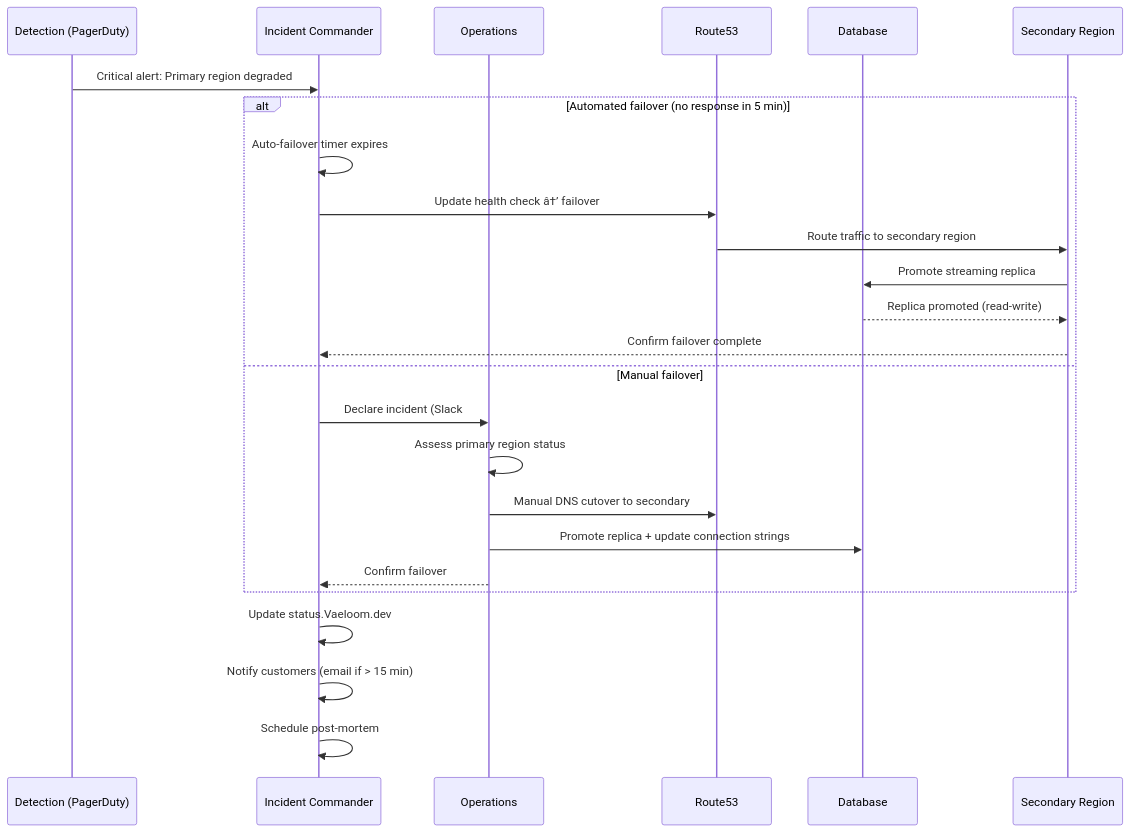
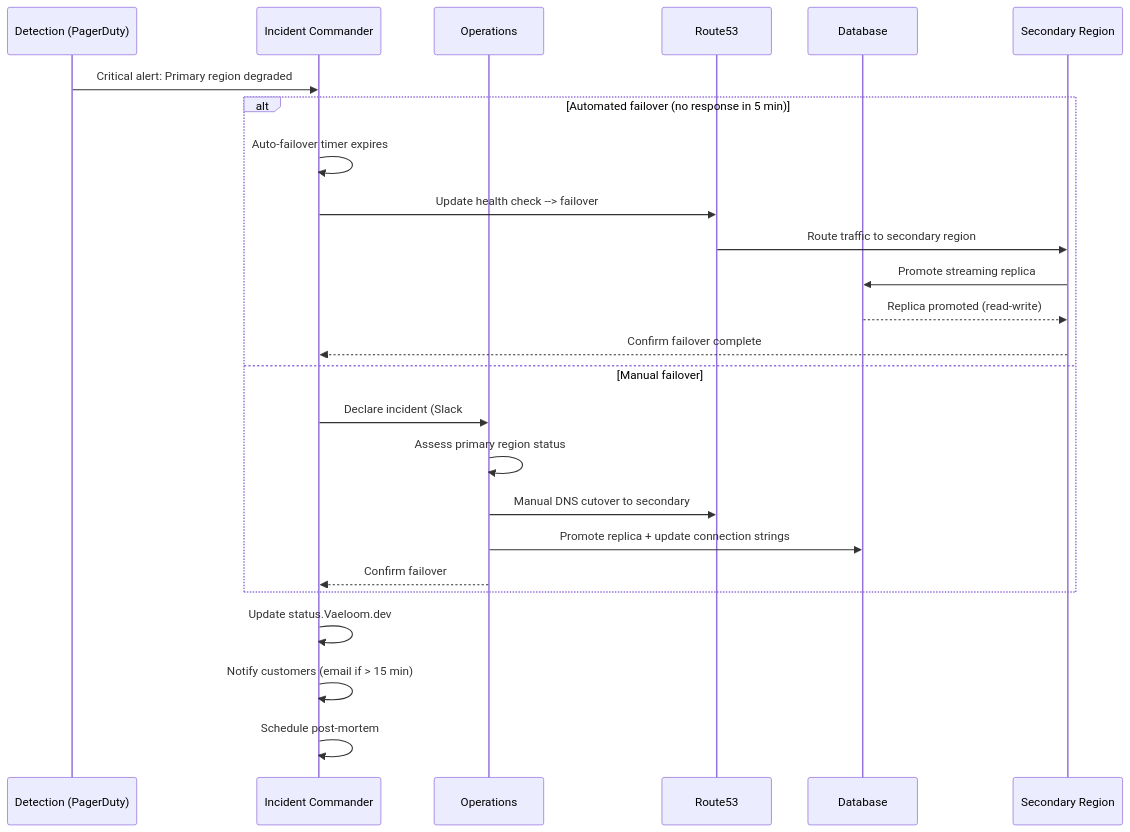
One commit to Driftloom/Vaeloom changed the second of 3 diagrams in Docs/Operations/Business-Continuity-Plan.md. Above: the diagram before and after it, drawn with Mermaid. The commit also changed other lines of this file and 16 other files, not shown here.

````diff
--- a/Docs/Operations/Business-Continuity-Plan.md
+++ b/Docs/Operations/Business-Continuity-Plan.md
@@ -71,30 +71,30 @@
 ```mermaid
 sequenceDiagram
     participant D as Detection (PagerDuty)
     participant C as Incident Commander
     participant O as Operations
     participant DNS as Route53
     participant DB as Database
     participant REG as Secondary Region
 
     D->>C: Critical alert: Primary region degraded
 
     alt Automated failover (no response in 5 min)
         C->>C: Auto-failover timer expires
-        C->>DNS: Update health check â†’ failover
+        C->>DNS: Update health check --> failover
         DNS->>REG: Route traffic to secondary region
         REG->>DB: Promote streaming replica
         DB-->>REG: Replica promoted (read-write)
         REG-->>C: Confirm failover complete
     else Manual failover
         C->>O: Declare incident (Slack #incident-response)
         O->>O: Assess primary region status
         O->>DNS: Manual DNS cutover to secondary
         O->>DB: Promote replica + update connection strings
         O-->>C: Confirm failover
     end
 
     C->>C: Update status.Vaeloom.dev
     C->>C: Notify customers (email if > 15 min)
     C->>C: Schedule post-mortem
 ```
````
